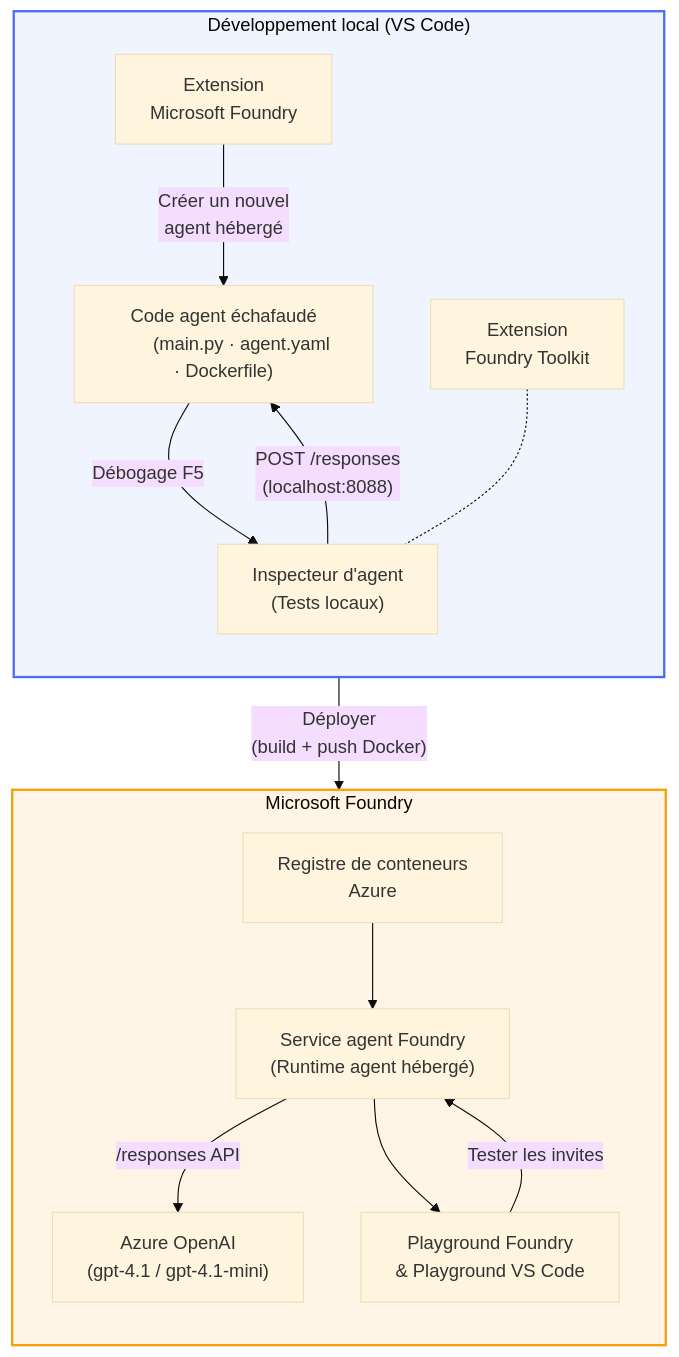
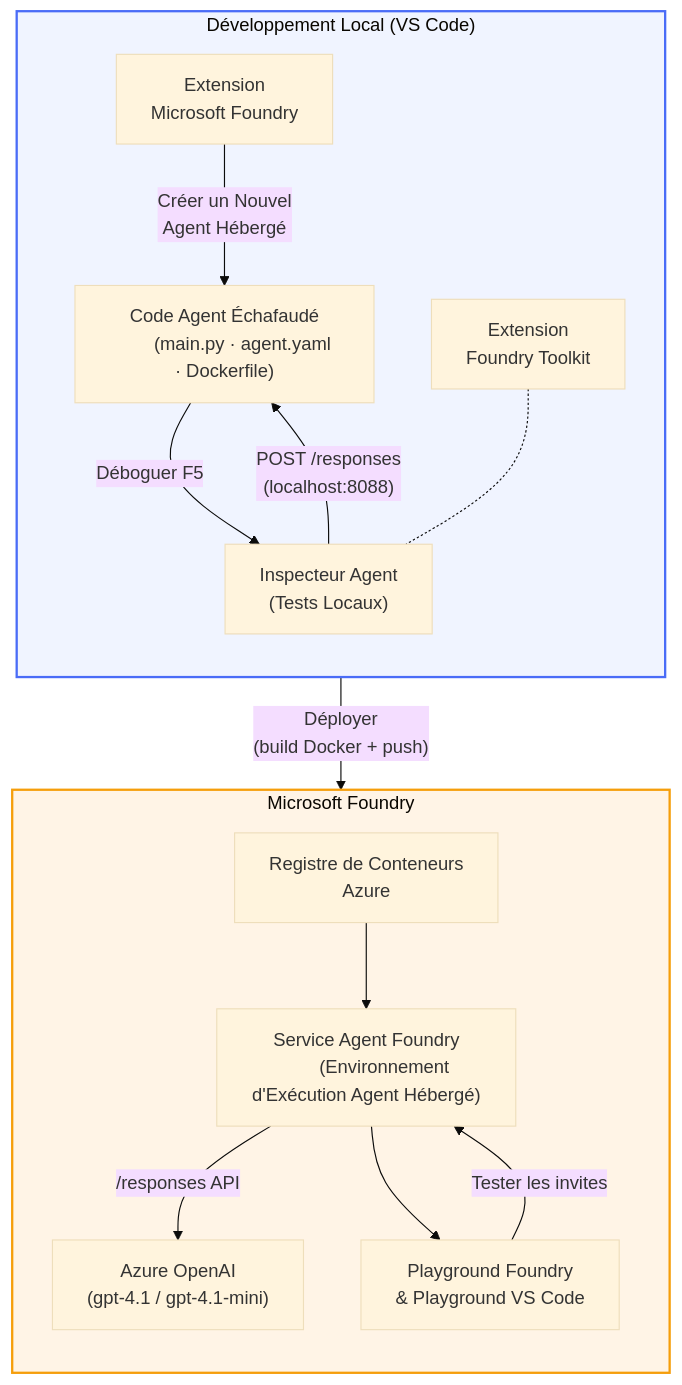
The diagram in translations/fr/README.md (microsoft-foundry/Foundry_Toolkit_for_VSCode_Lab), drawn with Mermaid (base theme) before and after one commit. The commit also changed other lines of this file and 110 other files, not shown here.

````diff
--- a/translations/fr/README.md
+++ b/translations/fr/README.md
@@ -48,42 +52,42 @@
 ```mermaid
 flowchart TB
-    subgraph Local["Développement local (VS Code)"]
+    subgraph Local["Développement Local (VS Code)"]
         direction TB
         FE["Extension
         Microsoft Foundry"]
         FoundryToolkit["Extension
         Foundry Toolkit"]
-        Scaffold["Code agent échafaudé
+        Scaffold["Code Agent Échafaudé
         (main.py · agent.yaml · Dockerfile)"]
-        Inspector["Inspecteur d'agent
-        (Tests locaux)"]
-        FE -- "Créer un nouvel
-        agent hébergé" --> Scaffold
-        Scaffold -- "Débogage F5" --> Inspector
+        Inspector["Inspecteur Agent
+        (Tests Locaux)"]
+        FE -- "Créer un Nouvel
+        Agent Hébergé" --> Scaffold
+        Scaffold -- "Déboguer F5" --> Inspector
         FoundryToolkit -.- Inspector
     end
 
     subgraph Cloud["Microsoft Foundry"]
         direction TB
-        ACR["Registre de conteneurs
+        ACR["Registre de Conteneurs
         Azure"]
-        AgentService["Service agent Foundry
-        (Runtime agent hébergé)"]
+        AgentService["Service Agent Foundry
+        (Environnement d'Exécution Agent Hébergé)"]
         Model["Azure OpenAI
         (gpt-4.1 / gpt-4.1-mini)"]
         Playground["Playground Foundry
         & Playground VS Code"]
         ACR --> AgentService
         AgentService -- "/responses API" --> Model
         AgentService --> Playground
     end
 
     Scaffold -- "Déployer
-    (build + push Docker)" --> ACR
+    (build Docker + push)" --> ACR
     Inspector -- "POST /responses
     (localhost:8088)" --> Scaffold
     Playground -- "Tester les invites" --> AgentService
 
     style Local fill:#f0f4ff,stroke:#4a6cf7,stroke-width:2px
     style Cloud fill:#fff4e6,stroke:#f59e0b,stroke-width:2px
 ```
````
